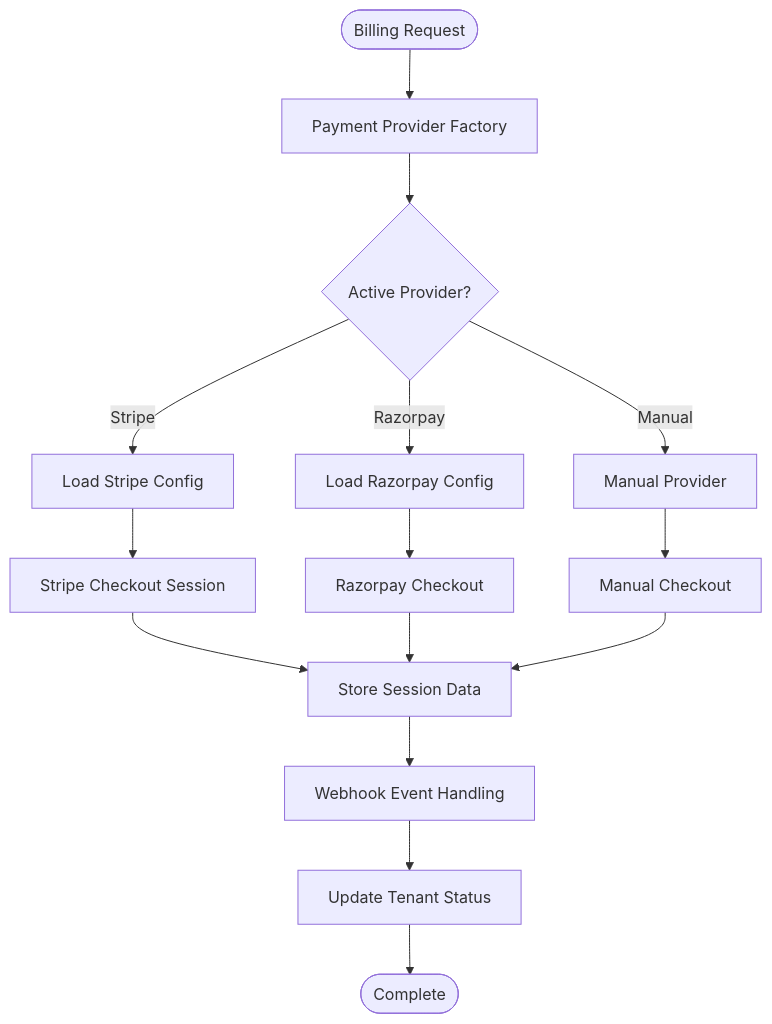
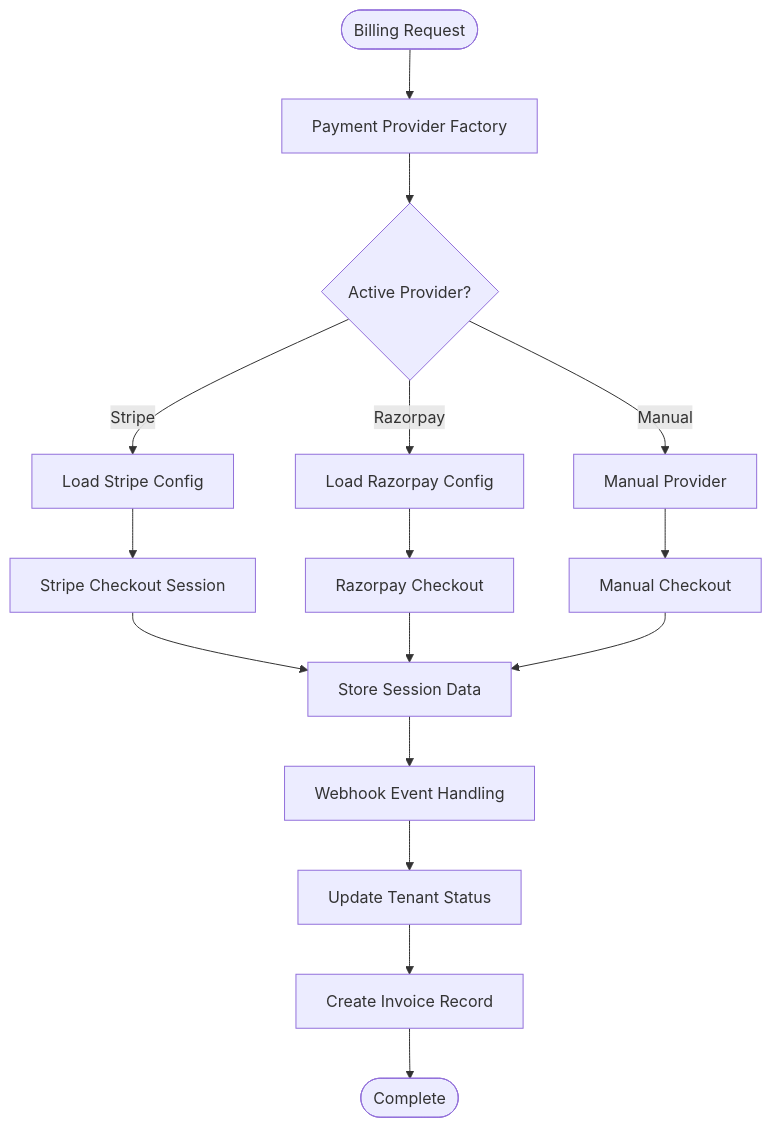
One commit to Revanththetalogics/aireume changed diagram 11 of 22 in .qoder/repowiki/en/content/Multi-Tenant System/Multi-Tenant System.md. Above: the diagram before and after it, drawn with Mermaid. The commit also changed other lines of this file and 14 other files, not shown here.

````diff
--- a/.qoder/repowiki/en/content/Multi-Tenant System/Multi-Tenant System.md
+++ b/.qoder/repowiki/en/content/Multi-Tenant System/Multi-Tenant System.md
@@ -390,17 +899,18 @@
 ```mermaid
 flowchart TD
 Start(["Billing Request"]) --> ProviderFactory["Payment Provider Factory"]
 ProviderFactory --> CheckProvider{"Active Provider?"}
 CheckProvider --> |Stripe| StripeConfig["Load Stripe Config"]
 CheckProvider --> |Razorpay| RazorpayConfig["Load Razorpay Config"]
 CheckProvider --> |Manual| ManualProvider["Manual Provider"]
 StripeConfig --> StripeCheckout["Stripe Checkout Session"]
 RazorpayConfig --> RazorpayCheckout["Razorpay Checkout"]
 ManualProvider --> ManualCheckout["Manual Checkout"]
 StripeCheckout --> StoreSession["Store Session Data"]
 RazorpayCheckout --> StoreSession
 ManualCheckout --> StoreSession
 StoreSession --> WebhookHandler["Webhook Event Handling"]
 WebhookHandler --> UpdateStatus["Update Tenant Status"]
-UpdateStatus --> Complete(["Complete"])
+UpdateStatus --> CreateInvoice["Create Invoice Record"]
+CreateInvoice --> Complete(["Complete"])
 ```
````
